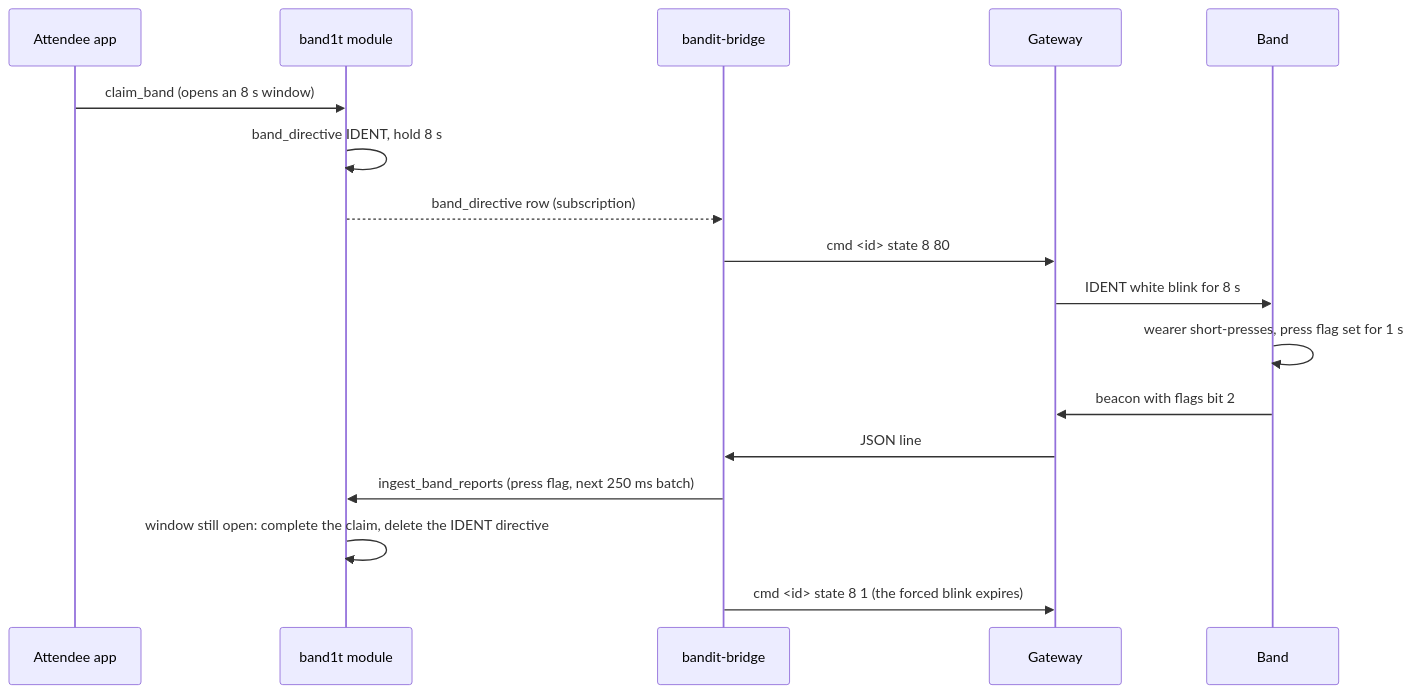
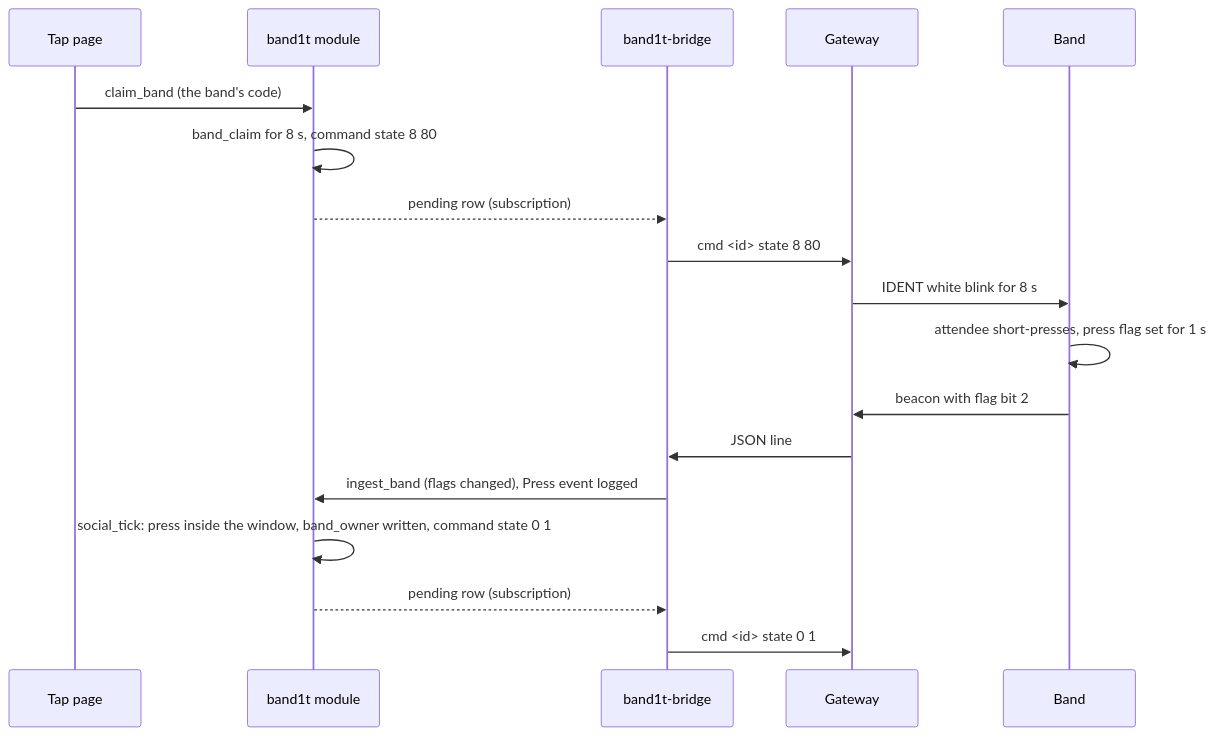
One commit to viktorinkov/cal-hacks-13 changed the fourth of 4 diagrams in System Design/3-services/Gateway-Bridge.md. Above: the diagram before and after it, drawn with Mermaid. The commit also changed other lines of this file and 26 other files, not shown here.

````diff
--- a/System Design/3-services/Gateway-Bridge.md
+++ b/System Design/3-services/Gateway-Bridge.md
@@ -214,19 +166,20 @@
 ```mermaid
 sequenceDiagram
-    participant A as Attendee app
+    participant A as Tap page
     participant M as band1t module
-    participant R as bandit-bridge
+    participant R as band1t-bridge
     participant G as Gateway
     participant B as Band
-    A->>M: claim_band (opens an 8 s window)
-    M->>M: band_directive IDENT, hold 8 s
-    M-->>R: band_directive row (subscription)
+    A->>M: claim_band (the band's code)
+    M->>M: band_claim for 8 s, command state 8 80
+    M-->>R: pending row (subscription)
     R->>G: cmd <id> state 8 80
     G->>B: IDENT white blink for 8 s
-    B->>B: wearer short-presses, press flag set for 1 s
-    B->>G: beacon with flags bit 2
+    B->>B: attendee short-presses, press flag set for 1 s
+    B->>G: beacon with flag bit 2
     G->>R: JSON line
-    R->>M: ingest_band_reports (press flag, next 250 ms batch)
-    M->>M: window still open: complete the claim, delete the IDENT directive
-    R->>G: cmd <id> state 8 1 (the forced blink expires)
+    R->>M: ingest_band (flags changed), Press event logged
+    M->>M: social_tick: press inside the window, band_owner written, command state 0 1
+    M-->>R: pending row (subscription)
+    R->>G: cmd <id> state 0 1
 ```
````
